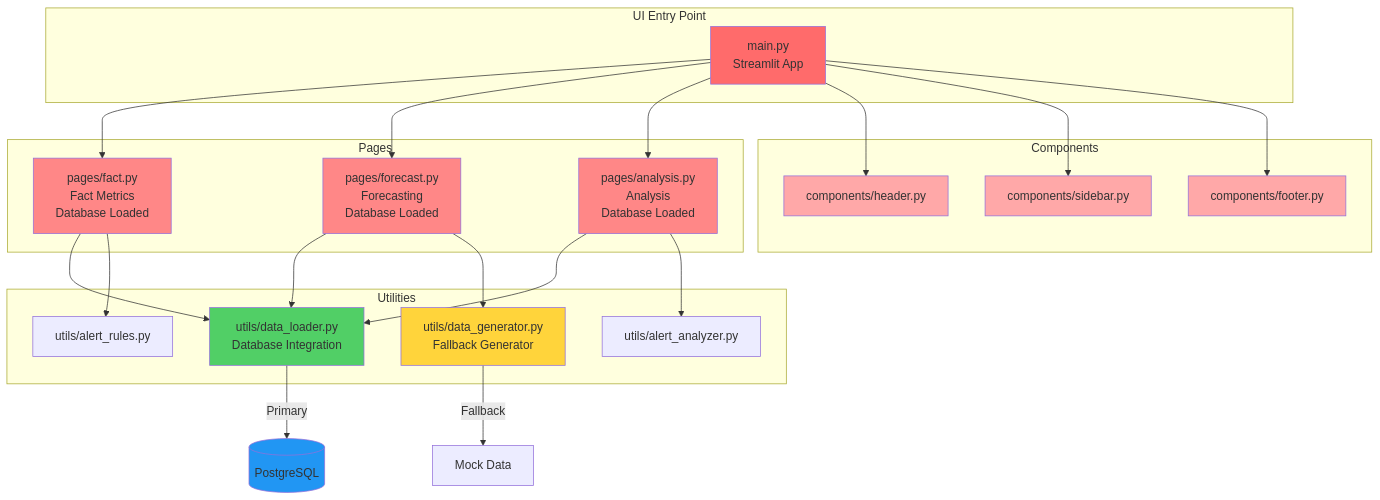
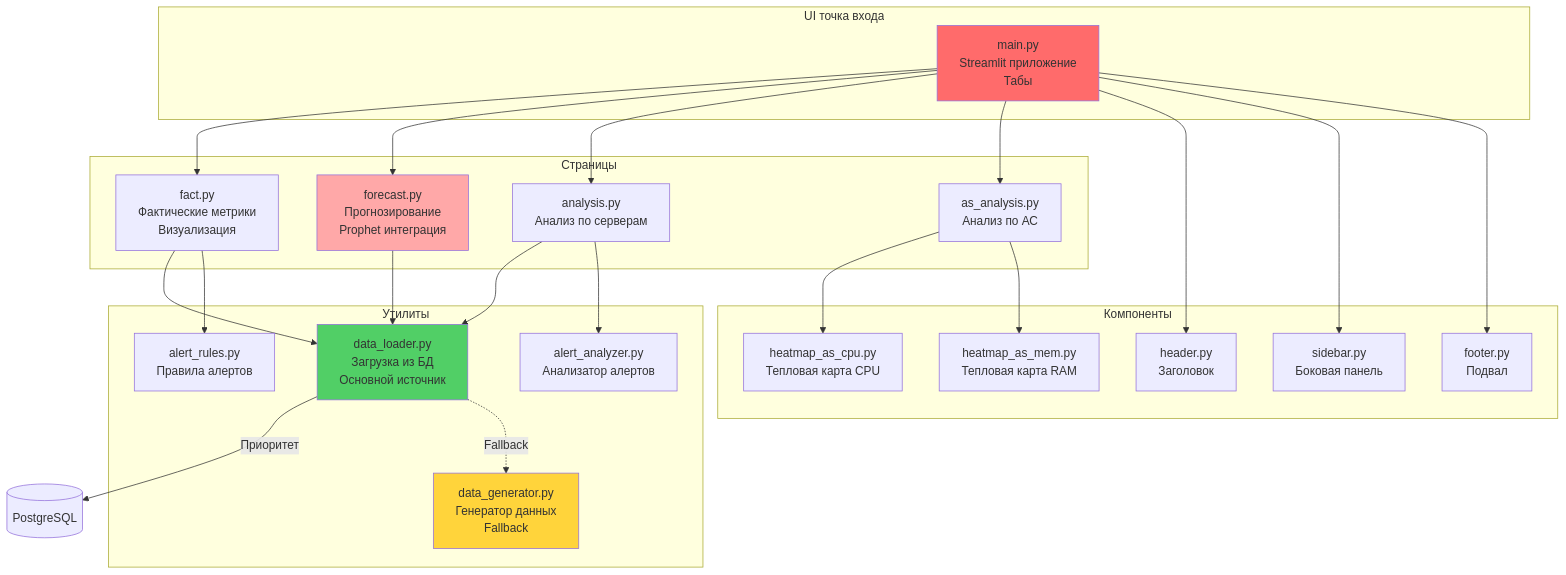
Before and after one commit to sweetd0vee/servers-dashboard: the third of 13 diagrams in docs/ARCHITECTURE.md, drawn with Mermaid. The commit also changed other lines of this file and 1 other file, not shown here.

````diff
--- a/docs/ARCHITECTURE.md
+++ b/docs/ARCHITECTURE.md
@@ -167,53 +151,54 @@
 ```mermaid
 graph TB
-    subgraph "UI Entry Point"
-        MainUI[main.py<br/>Streamlit App]
+    subgraph "UI точка входа"
+        MainUI[main.py<br/>Streamlit приложение<br/>Табы]
     end
     
-    subgraph "Pages"
-        Fact[pages/fact.py<br/>Fact Metrics<br/>Database Loaded]
-        Forecast[pages/forecast.py<br/>Forecasting<br/>Database Loaded]
-        Analysis[pages/analysis.py<br/>Analysis<br/>Database Loaded]
+    subgraph "Страницы"
+        Fact[fact.py<br/>Фактические метрики<br/>Визуализация]
+        Forecast[forecast.py<br/>Прогнозирование<br/>Prophet интеграция]
+        Analysis[analysis.py<br/>Анализ по серверам]
+        ASAnalysis[as_analysis.py<br/>Анализ по АС]
     end
     
-    subgraph "Components"
-        Header[components/header.py]
-        Sidebar[components/sidebar.py]
-        Footer[components/footer.py]
+    subgraph "Компоненты"
+        Header[header.py<br/>Заголовок]
+        Sidebar[sidebar.py<br/>Боковая панель]
+        Footer[footer.py<br/>Подвал]
+        HeatmapCPU[heatmap_as_cpu.py<br/>Тепловая карта CPU]
+        HeatmapMem[heatmap_as_mem.py<br/>Тепловая карта RAM]
     end
     
-    subgraph "Utilities"
-        DataLoader[utils/data_loader.py<br/>Database Integration]
-        DataGen[utils/data_generator.py<br/>Fallback Generator]
-        Alerts[utils/alert_rules.py]
-        Analyzer[utils/alert_analyzer.py]
+    subgraph "Утилиты"
+        DataLoader[data_loader.py<br/>Загрузка из БД<br/>Основной источник]
+        DataGen[data_generator.py<br/>Генератор данных<br/>Fallback]
+        AlertRules[alert_rules.py<br/>Правила алертов]
+        AlertAnalyzer[alert_analyzer.py<br/>Анализатор алертов]
     end
     
     MainUI --> Fact
     MainUI --> Forecast
     MainUI --> Analysis
+    MainUI --> ASAnalysis
+    
     MainUI --> Header
     MainUI --> Sidebar
     MainUI --> Footer
     
     Fact --> DataLoader
-    Fact --> Alerts
     Forecast --> DataLoader
-    Forecast --> DataGen
     Analysis --> DataLoader
-    Analysis --> Analyzer
+    ASAnalysis --> HeatmapCPU
+    ASAnalysis --> HeatmapMem
     
-    DataLoader -->|Primary| DB[(PostgreSQL)]
-    DataGen -->|Fallback| MockData[Mock Data]
+    Fact --> AlertRules
+    Analysis --> AlertAnalyzer
+    
+    DataLoader -->|Приоритет| DB[(PostgreSQL)]
+    DataLoader -.->|Fallback| DataGen
     
     style MainUI fill:#ff6b6b
-    style Fact fill:#ff8787
-    style Forecast fill:#ff8787
-    style Analysis fill:#ff8787
-    style Header fill:#ffa8a8
-    style Sidebar fill:#ffa8a8
-    style Footer fill:#ffa8a8
+    style Forecast fill:#ffa8a8
     style DataLoader fill:#51cf66
     style DataGen fill:#ffd43b
-    style DB fill:#2196f3
 ```
````
